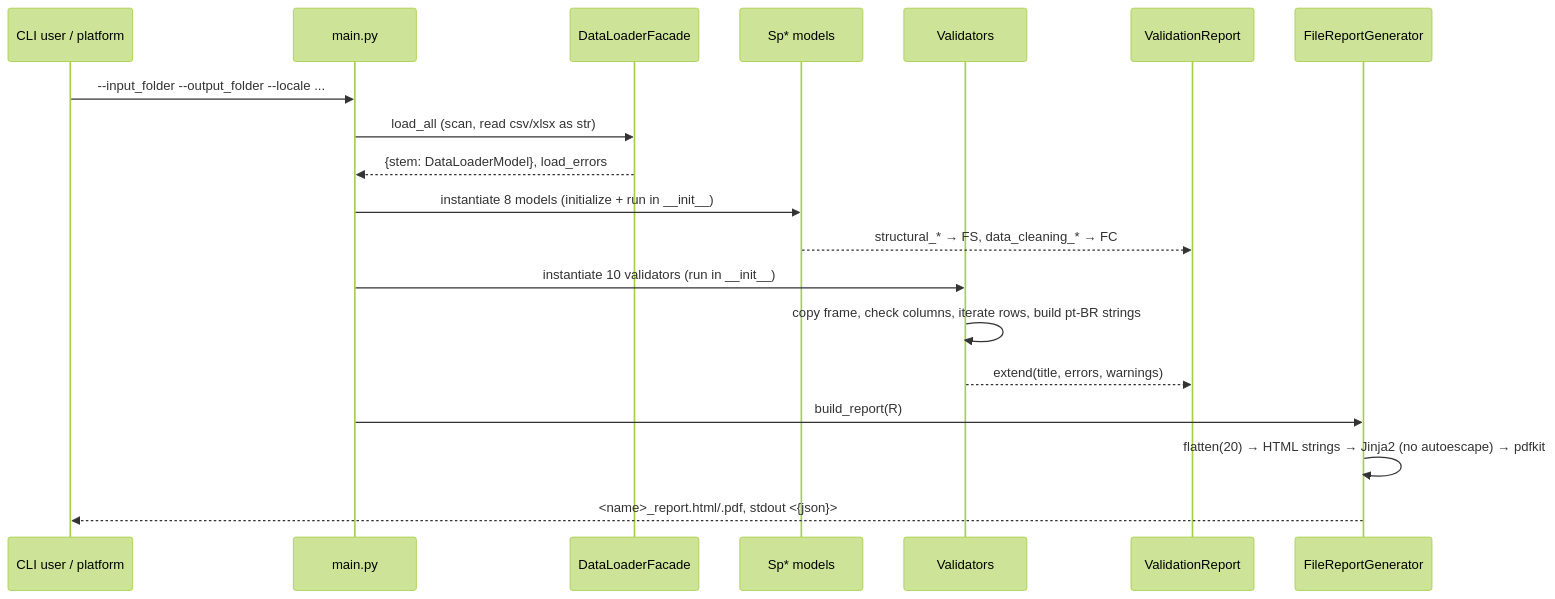
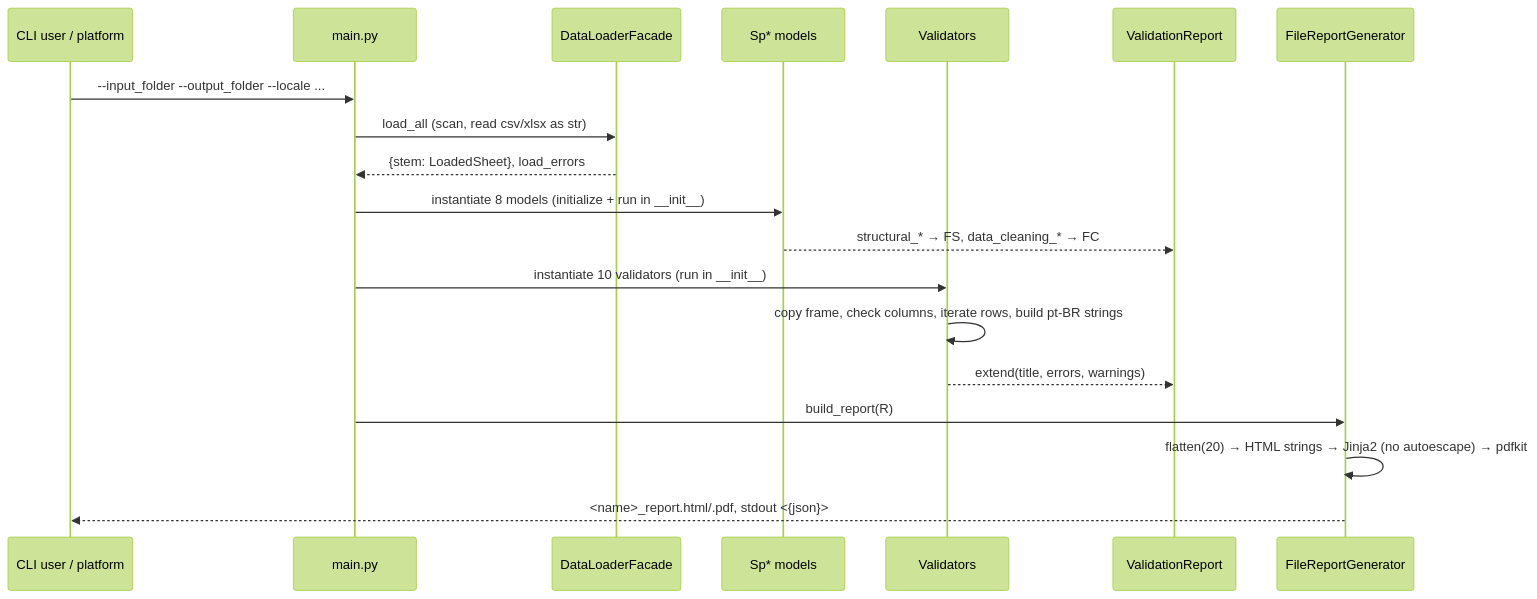
One commit to MarioCarvalhoBr/data_validate changed the first of 2 diagrams in .specs/architecture/data-flow.md. Above: the diagram before and after it, drawn with Mermaid (forest theme). The commit also changed 17 other files, not shown here.

````diff
--- a/.specs/architecture/data-flow.md
+++ b/.specs/architecture/data-flow.md
@@ -5,21 +5,21 @@
 ```mermaid
 sequenceDiagram
   participant U as CLI user / platform
   participant M as main.py
   participant L as DataLoaderFacade
   participant Mo as Sp* models
   participant V as Validators
   participant R as ValidationReport
   participant G as FileReportGenerator
   U->>M: --input_folder --output_folder --locale ...
   M->>L: load_all (scan, read csv/xlsx as str)
-  L-->>M: {stem: DataLoaderModel}, load_errors
+  L-->>M: {stem: LoadedSheet}, load_errors
   M->>Mo: instantiate 8 models (initialize + run in __init__)
   Mo-->>R: structural_* → FS, data_cleaning_* → FC
   M->>V: instantiate 10 validators (run in __init__)
   V->>V: copy frame, check columns, iterate rows, build pt-BR strings
   V-->>R: extend(title, errors, warnings)
   M->>G: build_report(R)
   G->>G: flatten(20) → HTML strings → Jinja2 (no autoescape) → pdfkit
   G-->>U: <name>_report.html/.pdf, stdout <{json}>
 ```
````
